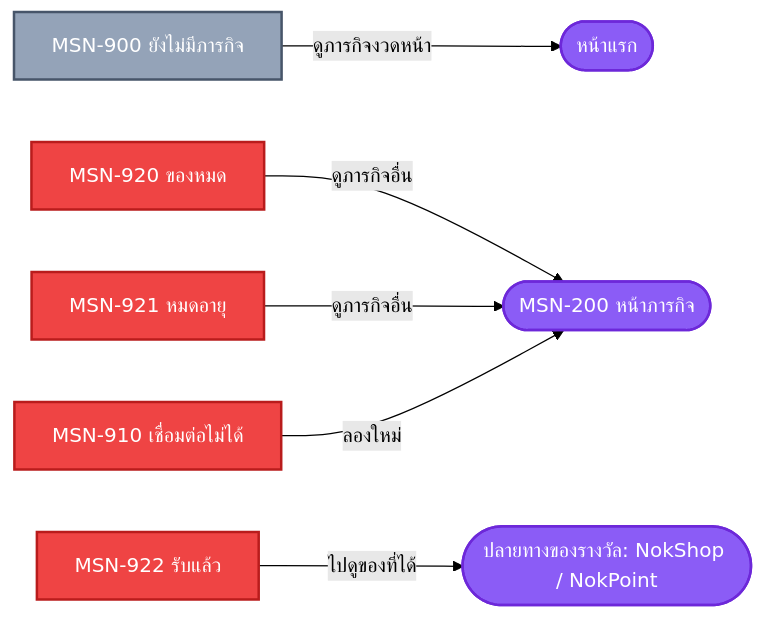
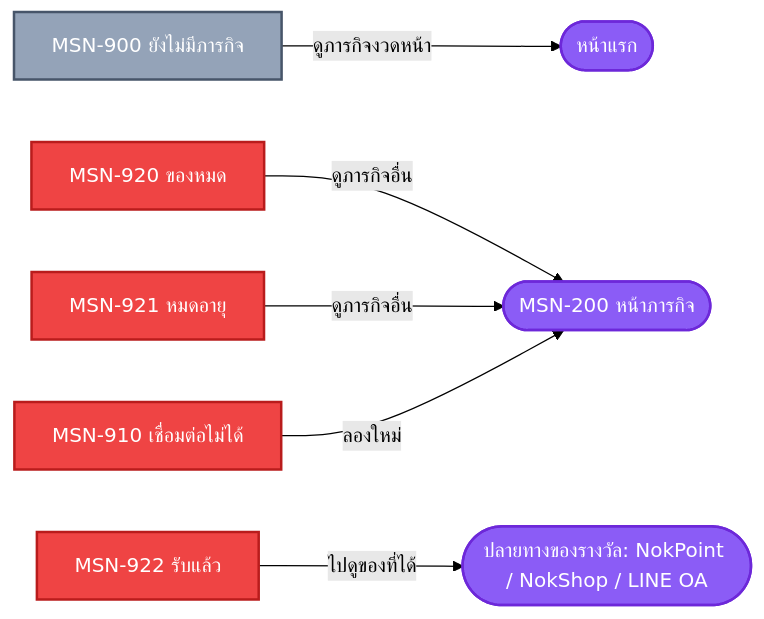
Before and after one commit to sittipons-ike/storybook-ltp: the fourth of 4 diagrams in features/gamification/ux-gamification.md, drawn with Mermaid (forest theme). The commit also changed other lines of this file and 5 other files, not shown here.

````diff
--- a/features/gamification/ux-gamification.md
+++ b/features/gamification/ux-gamification.md
@@ -229,25 +240,25 @@
 ```mermaid
 flowchart LR
     Empty[MSN-900 ยังไม่มีภารกิจ]
     Out[MSN-920 ของหมด]
     Exp[MSN-921 หมดอายุ]
     Already[MSN-922 รับแล้ว]
     Err[MSN-910 เชื่อมต่อไม่ได้]
     List([MSN-200 หน้าภารกิจ])
-    Dest([ปลายทางของรางวัล: NokShop / NokPoint])
+    Dest([ปลายทางของรางวัล: NokPoint / NokShop / LINE OA])
     Home([หน้าแรก])
 
     Empty -->|ดูภารกิจงวดหน้า| Home
     Out -->|ดูภารกิจอื่น| List
     Exp -->|ดูภารกิจอื่น| List
     Already -->|ไปดูของที่ได้| Dest
     Err -->|ลองใหม่| List
 
     classDef startend fill:#8B5CF6,stroke:#6D28D9,color:#FFFFFF,stroke-width:2px
     classDef error fill:#EF4444,stroke:#B91C1C,color:#FFFFFF,stroke-width:2px
     classDef side fill:#94A3B8,stroke:#475569,color:#FFFFFF,stroke-width:2px
 
     class List,Dest,Home startend
     class Out,Exp,Already,Err error
     class Empty side
 ```
````
